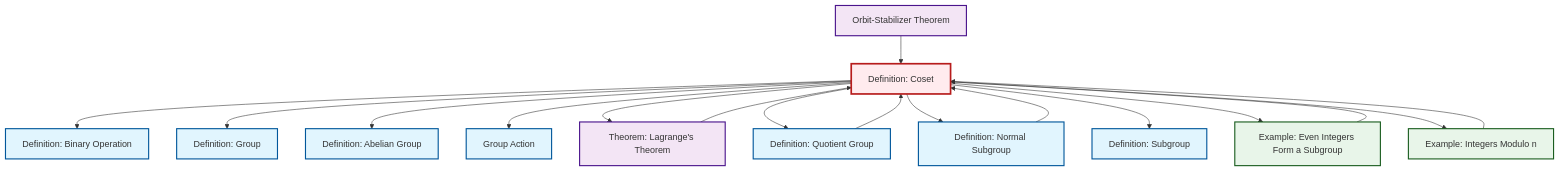
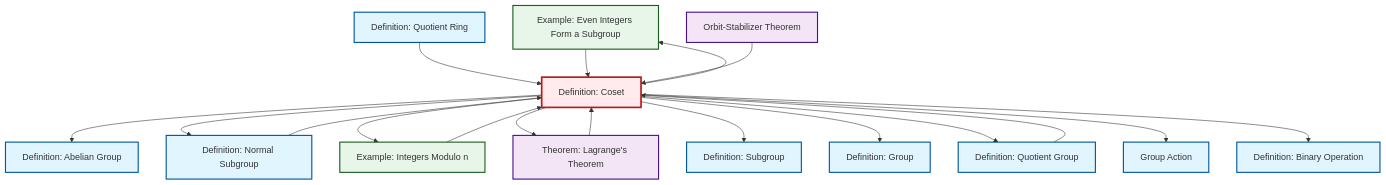
The diagram in content/en/algebra/def-coset.qmd (RK0429/ModernMath), drawn with Mermaid before and after one commit. The commit also changed 597 other files, not shown here.

````diff
--- a/content/en/algebra/def-coset.qmd
+++ b/content/en/algebra/def-coset.qmd
@@ -162,49 +162,52 @@
 ```{mermaid}
 %%| fig-cap: "Local dependency graph"
 graph TD
     classDef definition fill:#e1f5fe,stroke:#01579b,stroke-width:2px
     classDef theorem fill:#f3e5f5,stroke:#4a148c,stroke-width:2px
     classDef axiom fill:#fff3e0,stroke:#e65100,stroke-width:2px
     classDef example fill:#e8f5e9,stroke:#1b5e20,stroke-width:2px
     classDef current fill:#ffebee,stroke:#b71c1c,stroke-width:3px
+    ex-even-integers-subgroup["Example: Even Integers Form a Subgroup"]:::example
+    ex-quotient-integers-mod-n["Example: Integers Modulo n"]:::example
+    def-group-action["Group Action"]:::definition
+    thm-lagrange["Theorem: Lagrange's Theorem"]:::theorem
+    def-quotient-ring["Definition: Quotient Ring"]:::definition
+    def-coset["Definition: Coset"]:::definition
+    thm-orbit-stabilizer["Orbit-Stabilizer Theorem"]:::theorem
+    def-normal-subgroup["Definition: Normal Subgroup"]:::definition
+    def-quotient-group["Definition: Quotient Group"]:::definition
+    def-abelian-group["Definition: Abelian Group"]:::definition
+    def-subgroup["Definition: Subgroup"]:::definition
+    def-group["Definition: Group"]:::definition
     def-binary-operation["Definition: Binary Operation"]:::definition
-    def-subgroup["Definition: Subgroup"]:::definition
-    thm-orbit-stabilizer["Orbit-Stabilizer Theorem"]:::theorem
-    def-group-action["Group Action"]:::definition
-    def-quotient-group["Definition: Quotient Group"]:::definition
-    thm-lagrange["Theorem: Lagrange's Theorem"]:::theorem
-    def-abelian-group["Definition: Abelian Group"]:::definition
-    def-coset["Definition: Coset"]:::definition
-    def-group["Definition: Group"]:::definition
-    ex-even-integers-subgroup["Example: Even Integers Form a Subgroup"]:::example
-    def-normal-subgroup["Definition: Normal Subgroup"]:::definition
-    ex-quotient-integers-mod-n["Example: Integers Modulo n"]:::example
+    def-coset --> def-abelian-group
+    def-coset --> def-normal-subgroup
+    def-coset --> ex-quotient-integers-mod-n
+    def-coset --> ex-even-integers-subgroup
+    def-coset --> thm-lagrange
+    def-quotient-ring --> def-coset
+    ex-quotient-integers-mod-n --> def-coset
+    def-quotient-group --> def-coset
+    thm-lagrange --> def-coset
+    ex-even-integers-subgroup --> def-coset
+    def-coset --> def-subgroup
+    def-coset --> def-group
+    def-coset --> def-quotient-group
+    def-normal-subgroup --> def-coset
+    def-coset --> def-group-action
+    def-coset --> def-binary-operation
     thm-orbit-stabilizer --> def-coset
-    def-normal-subgroup --> def-coset
-    def-coset --> def-binary-operation
-    ex-quotient-integers-mod-n --> def-coset
-    def-coset --> def-group
-    def-coset --> def-abelian-group
-    def-quotient-group --> def-coset
-    ex-even-integers-subgroup --> def-coset
-    def-coset --> def-group-action
-    def-coset --> thm-lagrange
-    thm-lagrange --> def-coset
-    def-coset --> def-quotient-group
-    def-coset --> def-normal-subgroup
-    def-coset --> def-subgroup
-    def-coset --> ex-even-integers-subgroup
-    def-coset --> ex-quotient-integers-mod-n
     class def-coset current
+    click ex-even-integers-subgroup "ex-even-integers-subgroup.html" "Go to Even Integers Form a Subgroup example"
+    click ex-quotient-integers-mod-n "ex-quotient-integers-mod-n.html" "Go to Integers Modulo n example"
+    click def-group-action "def-group-action.html" "Go to Group Action"
+    click thm-lagrange "thm-lagrange.html" "Go to Lagrange's Theorem theorem"
+    click def-quotient-ring "def-quotient-ring.html" "Go to Quotient Ring definition"
+    click thm-orbit-stabilizer "thm-orbit-stabilizer.html" "Go to Orbit-Stabilizer Theorem"
+    click def-normal-subgroup "def-normal-subgroup.html" "Go to Normal Subgroup definition"
+    click def-quotient-group "def-quotient-group.html" "Go to Quotient Group definition"
+    click def-abelian-group "def-abelian-group.html" "Go to Abelian Group definition"
+    click def-subgroup "def-subgroup.html" "Go to Subgroup definition"
+    click def-group "def-group.html" "Go to Group definition"
     click def-binary-operation "def-binary-operation.html" "Go to Binary Operation definition"
-    click def-subgroup "def-subgroup.html" "Go to Subgroup definition"
-    click thm-orbit-stabilizer "thm-orbit-stabilizer.html" "Go to Orbit-Stabilizer Theorem"
-    click def-group-action "def-group-action.html" "Go to Group Action"
-    click def-quotient-group "def-quotient-group.html" "Go to Quotient Group definition"
-    click thm-lagrange "thm-lagrange.html" "Go to Lagrange's Theorem theorem"
-    click def-abelian-group "def-abelian-group.html" "Go to Abelian Group definition"
-    click def-group "def-group.html" "Go to Group definition"
-    click ex-even-integers-subgroup "ex-even-integers-subgroup.html" "Go to Even Integers Form a Subgroup example"
-    click def-normal-subgroup "def-normal-subgroup.html" "Go to Normal Subgroup definition"
-    click ex-quotient-integers-mod-n "ex-quotient-integers-mod-n.html" "Go to Integers Modulo n example"
 ```
````
